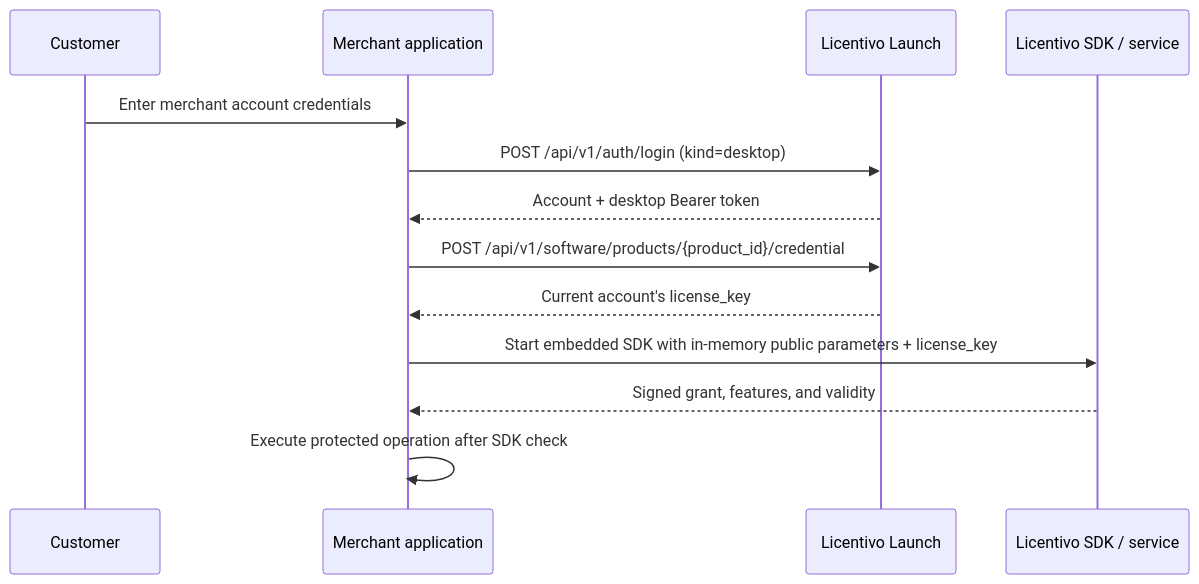
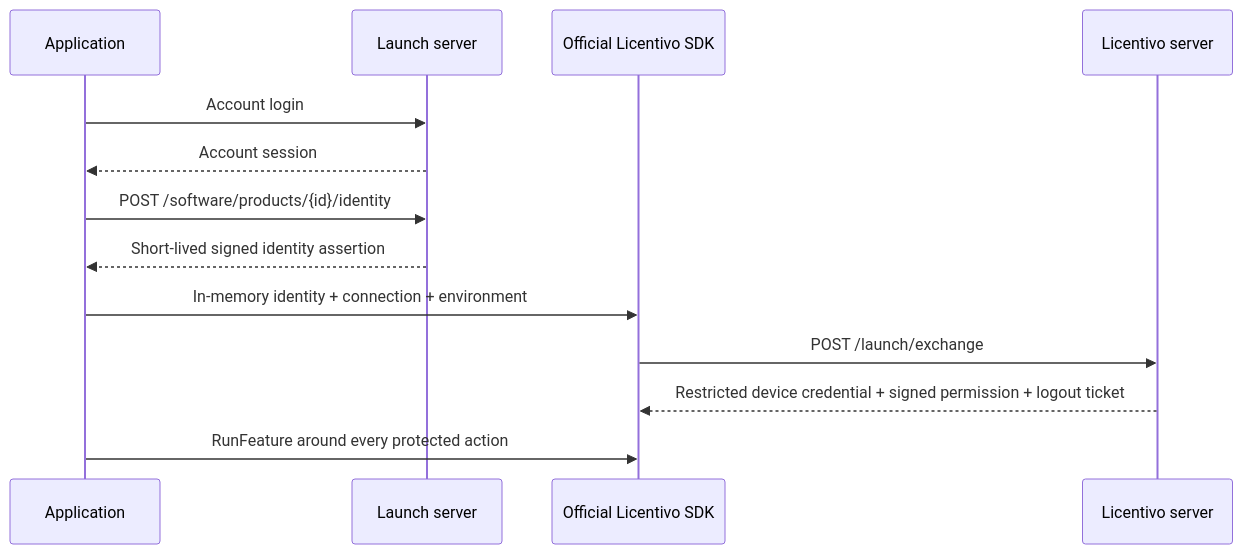
One commit to spf86/licentivo-launch-sdk changed the diagram in docs/software-sdk-integration.md. Above: the diagram before and after it, drawn with Mermaid. The commit also changed other lines of this file and 142 other files, not shown here.

Commit message:
Release Launch SDK 0.1.3 with reviewed Licentivo SDK 0.11.2

````diff
--- a/docs/software-sdk-integration.md
+++ b/docs/software-sdk-integration.md
@@ -16,15 +11,15 @@
 ```mermaid
 sequenceDiagram
-    participant U as Customer
-    participant A as Merchant application
-    participant L as Licentivo Launch
-    participant S as Licentivo SDK / service
-    U->>A: Enter merchant account credentials
-    A->>L: POST /api/v1/auth/login (kind=desktop)
-    L-->>A: Account + desktop Bearer token
-    A->>L: POST /api/v1/software/products/{product_id}/credential
-    L-->>A: Current account's license_key
-    A->>S: Start embedded SDK with in-memory public parameters + license_key
-    S-->>A: Signed grant, features, and validity
-    A->>A: Execute protected operation after SDK check
+    participant App as Application
+    participant Launch as Launch server
+    participant SDK as Official Licentivo SDK
+    participant Lic as Licentivo server
+    App->>Launch: Account login
+    Launch-->>App: Account session
+    App->>Launch: POST /software/products/{id}/identity
+    Launch-->>App: Short-lived signed identity assertion
+    App->>SDK: In-memory identity + connection + environment
+    SDK->>Lic: POST /launch/exchange
+    Lic-->>SDK: Restricted device credential + signed permission + logout ticket
+    App->>SDK: RunFeature around every protected action
 ```
````
